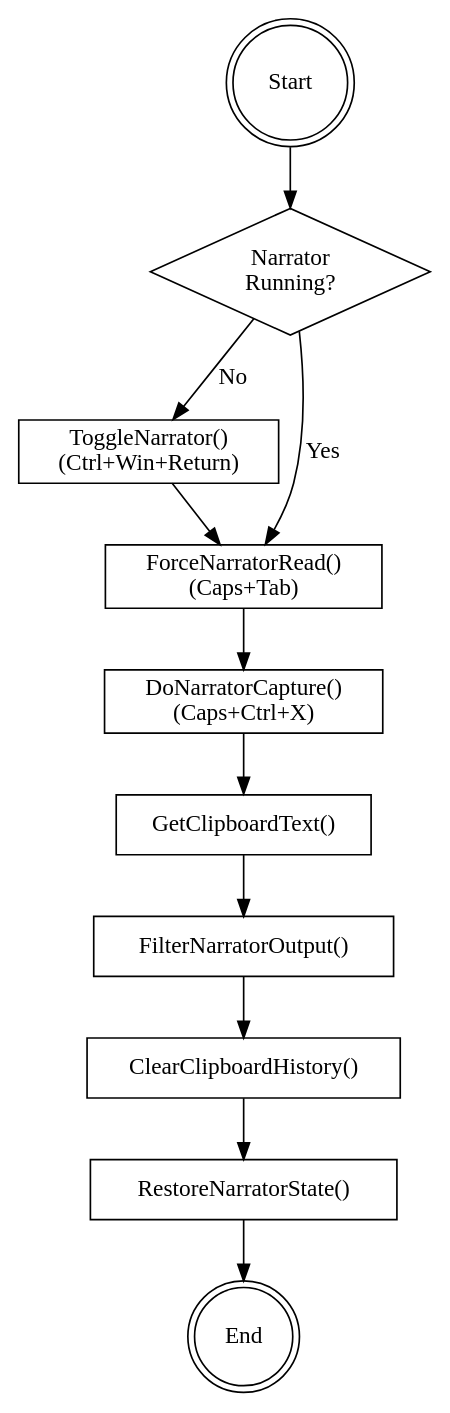
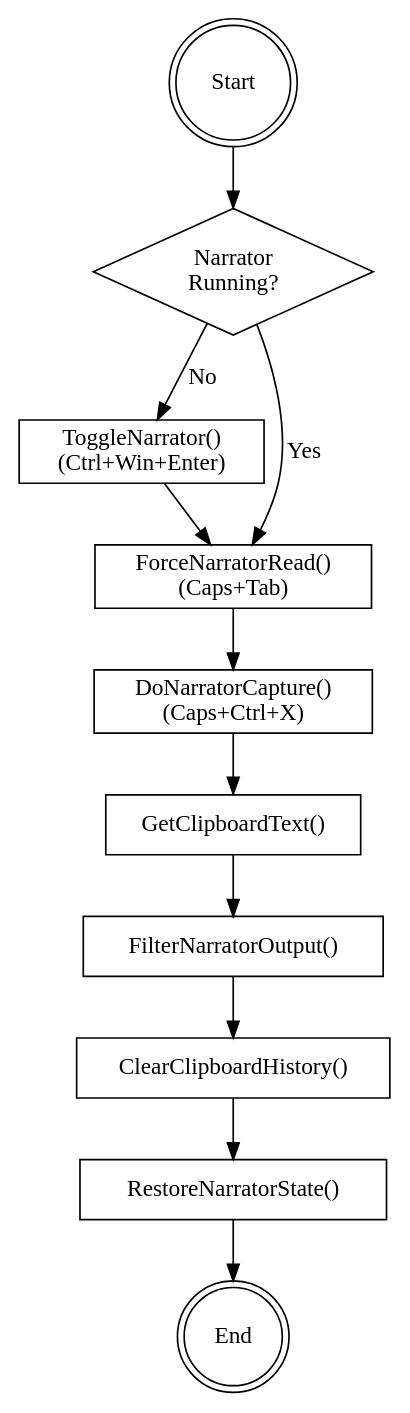
One commit to an-h12/test changed the diagram in docs/superpowers/plans/2026-03-17-getnarratoroutput-csharp.md. Above: the diagram before and after it, drawn with Graphviz. The commit also changed other lines of this file, not shown here.

````diff
--- a/docs/superpowers/plans/2026-03-17-getnarratoroutput-csharp.md
+++ b/docs/superpowers/plans/2026-03-17-getnarratoroutput-csharp.md
@@ -22,28 +22,28 @@
 ```dot
 digraph NarratorCaptureWorkflow {
     rankdir=TB;
     start [shape=doublecircle, label="Start"];
 
     ensure_narrator [shape=diamond, label="Narrator\nRunning?"];
-    toggle_narrator [shape=box, label="ToggleNarrator()\n(Ctrl+Win+Return)"];
+    toggle_narrator [shape=box, label="ToggleNarrator()\n(Ctrl+Win+Enter)"];
     force_read [shape=box, label="ForceNarratorRead()\n(Caps+Tab)"];
     capture [shape=box, label="DoNarratorCapture()\n(Caps+Ctrl+X)"];
     get_clipboard [shape=box, label="GetClipboardText()"];
     filter [shape=box, label="FilterNarratorOutput()"];
     clear_history [shape=box, label="ClearClipboardHistory()"];
     restore [shape=box, label="RestoreNarratorState()"];
 
     end [shape=doublecircle, label="End"];
 
     start -> ensure_narrator;
     ensure_narrator -> toggle_narrator [label="No"];
     ensure_narrator -> force_read [label="Yes"];
     toggle_narrator -> force_read;
     force_read -> capture;
     capture -> get_clipboard;
     get_clipboard -> filter;
     filter -> clear_history;
     clear_history -> restore;
     restore -> end;
 }
 ```
````
